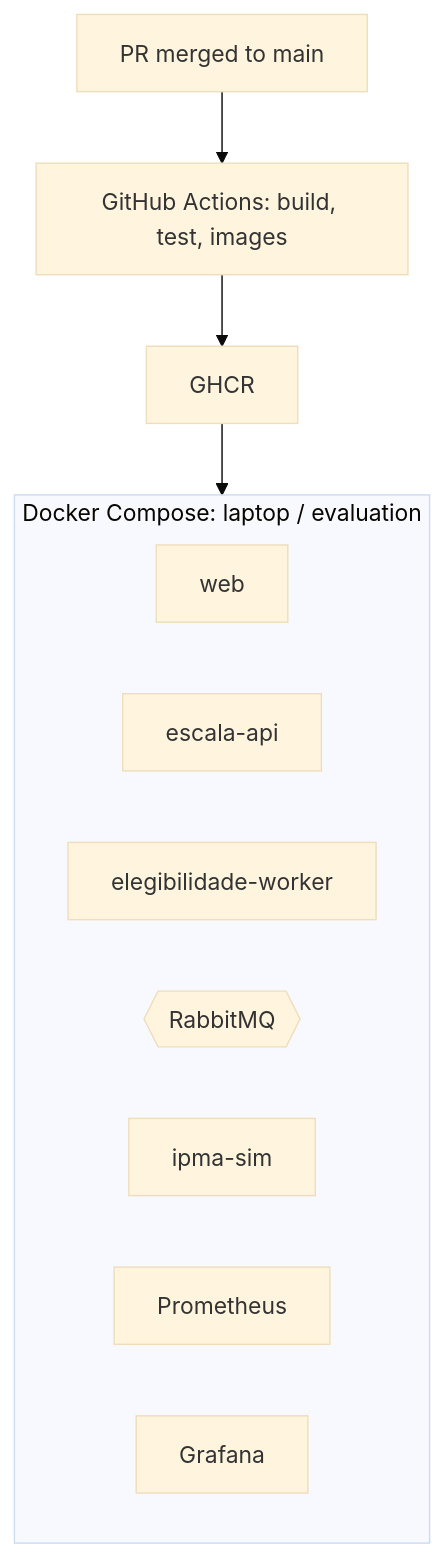
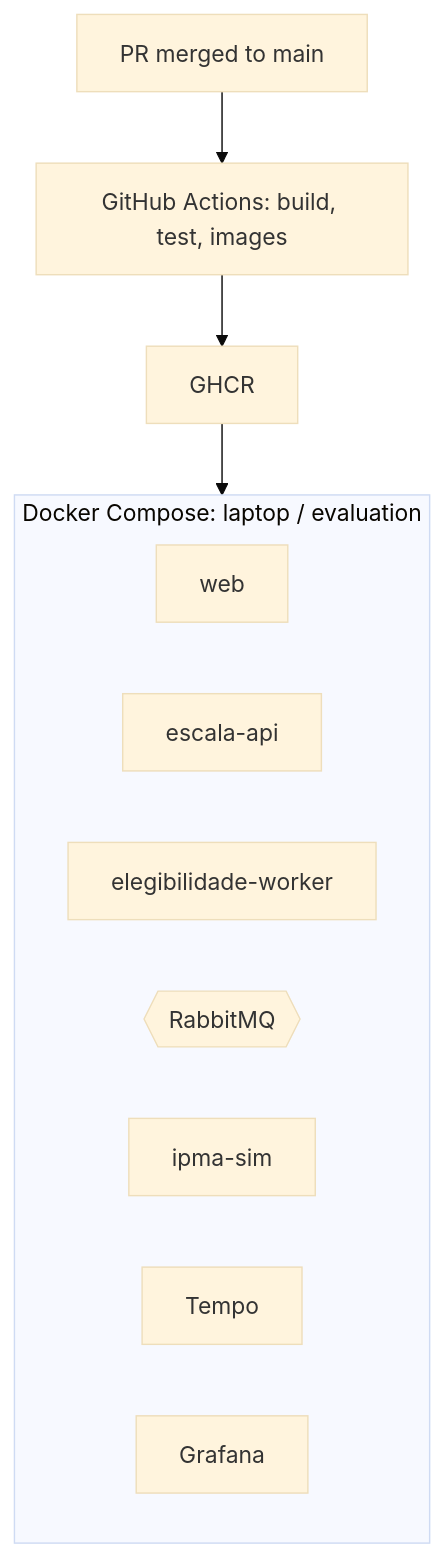
One commit to DiogoC0307/LABDSOF_2627_1221137_1211439_1211514_1250505 changed the fifth of 5 diagrams in docs/architecture/technical-design.md. Above: the diagram before and after it, drawn with Mermaid (base theme). The commit also changed other lines of this file and 1 other file, not shown here.

First line of the commit message:
docs(architecture): align technical design with Compose and observability (SCRUM-39)

````diff
--- a/docs/architecture/technical-design.md
+++ b/docs/architecture/technical-design.md
@@ -192,15 +208,15 @@
 ```mermaid
 flowchart TB
   pr["PR merged to main"] --> ci["GitHub Actions: build, test, images"]
   ci --> reg["GHCR"]
   subgraph host["Docker Compose: laptop / evaluation"]
     web["web"]
     api["escala-api"]
     worker["elegibilidade-worker"]
     mq{{"RabbitMQ"}}
     sim["ipma-sim"]
-    prom["Prometheus"]
+    tempo["Tempo"]
     graf["Grafana"]
   end
   reg --> host
 ```
````
